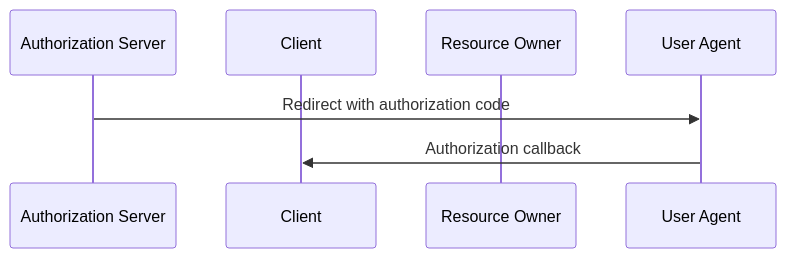
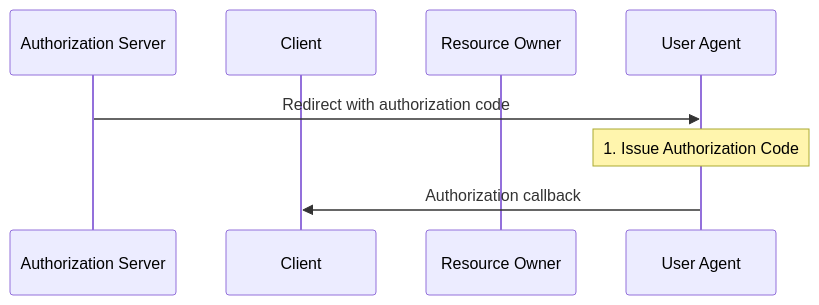
One commit to BehavioML/specifications changed the diagram in examples/oauth-authorization-code/generated/mermaid/workflow-sequence-authorization_server-issue_authorization_code.mmd. Above: the diagram before and after it, drawn with Mermaid. The commit also changed 9 other files, not shown here.

Commit message:
Regenerate Mermaid diagrams with expanded uses (#19)

```diff
--- a/examples/oauth-authorization-code/generated/mermaid/workflow-sequence-authorization_server-issue_authorization_code.mmd
+++ b/examples/oauth-authorization-code/generated/mermaid/workflow-sequence-authorization_server-issue_authorization_code.mmd
@@ -1,8 +1,9 @@
 sequenceDiagram
   participant authorization_server as Authorization Server
   participant client as Client
   participant resource_owner as Resource Owner
   participant user_agent as User Agent
 
   authorization_server->>user_agent: Redirect with authorization code
+  Note over user_agent: 1. Issue Authorization Code
   user_agent->>client: Authorization callback
```
